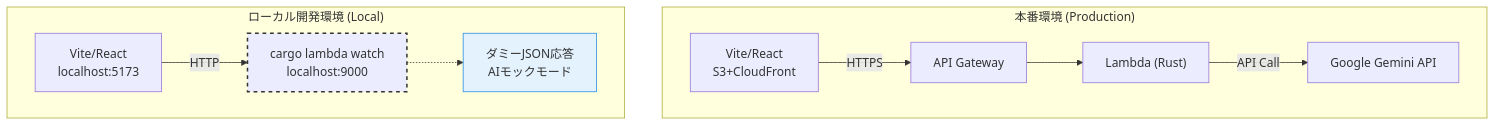
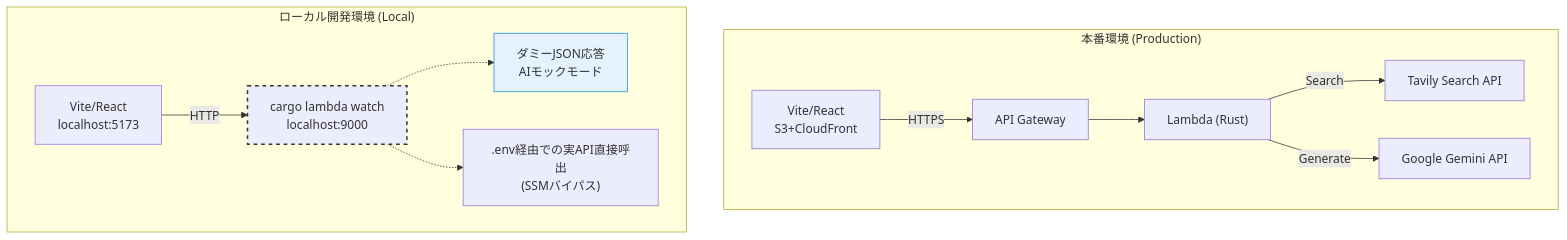
One commit to moden3/ai-english-learner changed the diagram in docs/learning/06_local_dev_strategy.md. Above: the diagram before and after it, drawn with Mermaid. The commit also changed other lines of this file and 16 other files, not shown here.

Commit message:
feat: integrate Tavily web search for latest news-based text generation

````diff
--- a/docs/learning/06_local_dev_strategy.md
+++ b/docs/learning/06_local_dev_strategy.md
@@ -7,16 +7,18 @@
 ```mermaid
 graph TD
     subgraph Prod ["本番環境 (Production)"]
         FE_Prod["Vite/React<br>S3+CloudFront"] -->|"HTTPS"| APIGW["API Gateway"]
         APIGW --> Lambda["Lambda (Rust)"]
-        Lambda -->|"API Call"| Gemini["Google Gemini API"]
+        Lambda -->|"Search"| Tavily["Tavily Search API"]
+        Lambda -->|"Generate"| Gemini["Google Gemini API"]
     end
 
     subgraph Local ["ローカル開発環境 (Local)"]
         FE_Local["Vite/React<br>localhost:5173"] -->|"HTTP"| Watch["cargo lambda watch<br>localhost:9000"]
         Watch -.-> Mock["ダミーJSON応答<br>AIモックモード"]
+        Watch -.-> Real[".env経由での実API直接呼出<br>(SSMバイパス)"]
         
         style Watch stroke:#333,stroke-width:2px,stroke-dasharray: 5 5
         style Mock fill:#e3f2fd,stroke:#1e88e5
     end
 ```
````
